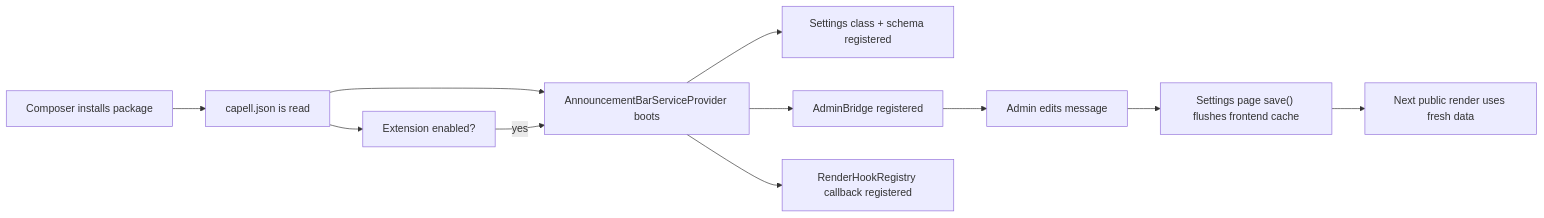
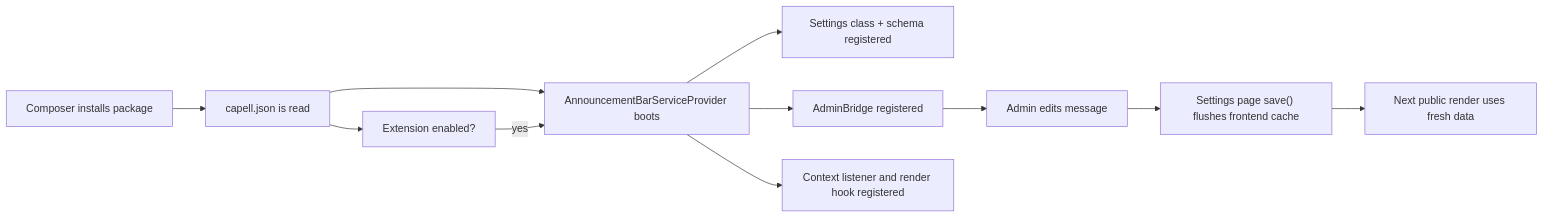
Before and after one commit to capell-app/capell: the diagram in docs/packages/build-extension-end-to-end.md, drawn with Mermaid. The commit also changed other lines of this file and 3 other files, not shown here.

````diff
--- a/docs/packages/build-extension-end-to-end.md
+++ b/docs/packages/build-extension-end-to-end.md
@@ -55,13 +55,13 @@
 ```mermaid
 flowchart LR
     Composer["Composer installs package"] --> Manifest["capell.json is read"]
     Manifest --> Provider["AnnouncementBarServiceProvider boots"]
     Manifest --> Enabled["Extension enabled?"]
     Enabled -->|"yes"| Provider
     Provider --> Settings["Settings class + schema registered"]
     Provider --> Admin["AdminBridge registered"]
-    Provider --> Frontend["RenderHookRegistry callback registered"]
+    Provider --> Frontend["Context listener and render hook registered"]
     Admin --> Editor["Admin edits message"]
     Editor --> Save["Settings page save() flushes frontend cache"]
     Save --> Public["Next public render uses fresh data"]
 ```
````
